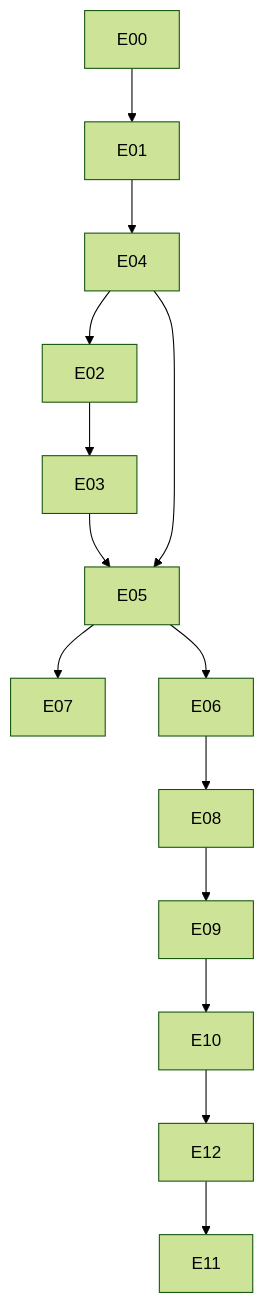
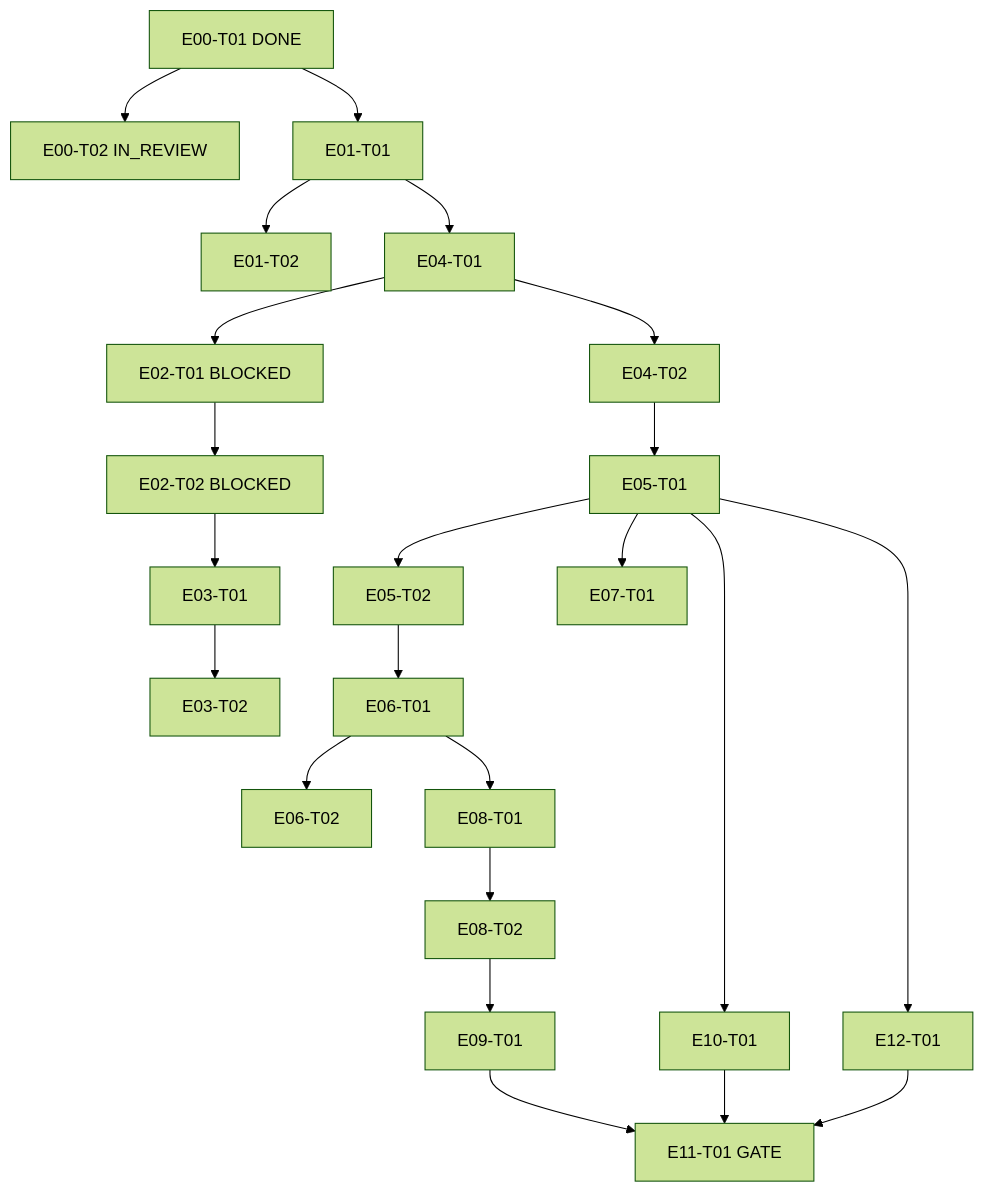
Before and after one commit to mehranjanati/trading-agent: the diagram in docs/tasks/DEPENDENCY-GRAPH.md, drawn with Mermaid (forest theme). The commit also changed other lines of this file and 7 other files, not shown here.

Commit message:
Docs+backlog completion: full architecture docs, 21 tasks/54 subtasks, TS+Go only

````diff
--- a/docs/tasks/DEPENDENCY-GRAPH.md
+++ b/docs/tasks/DEPENDENCY-GRAPH.md
@@ -3,8 +3,14 @@
 ```mermaid
 flowchart TB
-  E00 --> E01 --> E04
-  E04 --> E02 --> E03 --> E05 --> E07
-  E04 --> E05
-  E05 --> E06 --> E08 --> E09
-  E09 --> E10 --> E12 --> E11
+  E00T01[E00-T01 DONE] --> E00T02[E00-T02 IN_REVIEW]
+  E00T01 --> E01T01[E01-T01] --> E01T02[E01-T02]
+  E01T01 --> E04T01[E04-T01] --> E04T02[E04-T02]
+  E04T01 --> E02T01[E02-T01 BLOCKED]
+  E02T01 --> E02T02[E02-T02 BLOCKED] --> E03T01[E03-T01] --> E03T02[E03-T02]
+  E04T02 --> E05T01[E05-T01] --> E05T02[E05-T02] --> E06T01[E06-T01] --> E06T02[E06-T02]
+  E05T01 --> E07T01[E07-T01]
+  E05T01 --> E12T01[E12-T01]
+  E05T01 --> E10T01[E10-T01]
+  E06T01 --> E08T01[E08-T01] --> E08T02[E08-T02] --> E09T01[E09-T01]
+  E09T01 & E10T01 & E12T01 --> E11T01[E11-T01 GATE]
 ```
````
